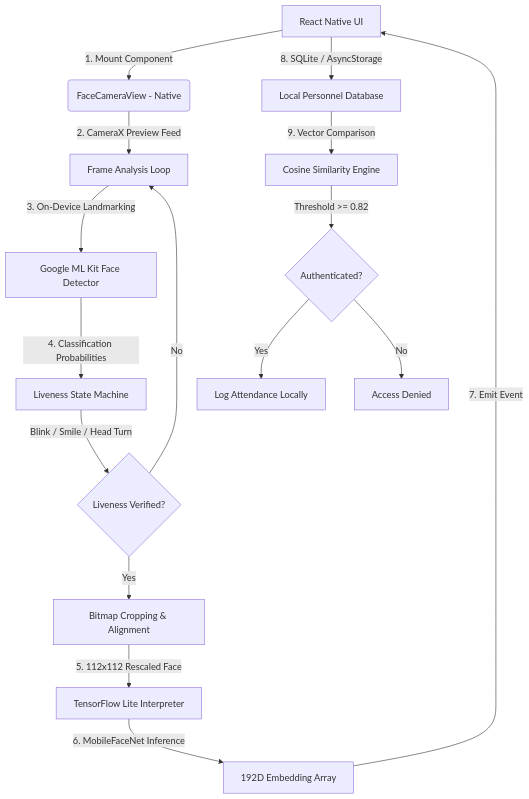
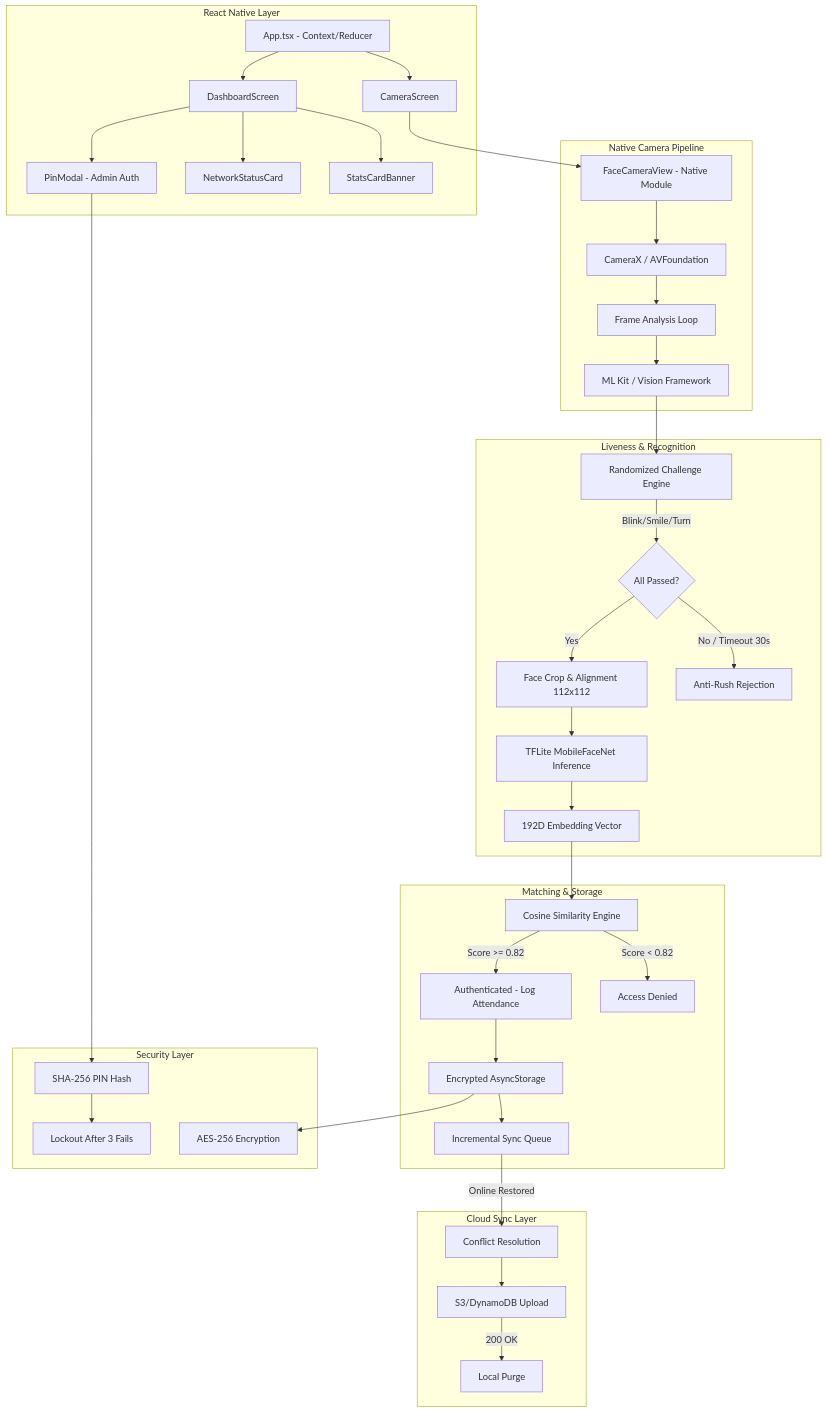
Before and after one commit to lalankishor27-collab/Facerecognition_lite: the diagram in README.md, drawn with Mermaid. The commit also changed other lines of this file and 2 other files, not shown here.

Commit message:
final: Complete hackathon submission - Admin PIN, docs rewrite, cleanup

````diff
--- a/README.md
+++ b/README.md
@@ -11,18 +22,46 @@
 ```mermaid
 graph TD
-    A[React Native UI] -->|1. Mount Component| B(FaceCameraView - Native)
-    B -->|2. CameraX Preview Feed| C[Frame Analysis Loop]
-    C -->|3. On-Device Landmarking| D[Google ML Kit Face Detector]
-    D -->|4. Classification Probabilities| E[Liveness State Machine]
-    E -->|Blink / Smile / Head Turn| F{Liveness Verified?}
-    F -->|No| C
-    F -->|Yes| G[Bitmap Cropping & Alignment]
-    G -->|5. 112x112 Rescaled Face| H[TensorFlow Lite Interpreter]
-    H -->|6. MobileFaceNet Inference| I[192D Embedding Array]
-    I -->|7. Emit Event| A
-    A -->|8. SQLite / AsyncStorage| J[Local Personnel Database]
-    J -->|9. Vector Comparison| K[Cosine Similarity Engine]
-    K -->|Threshold >= 0.82| L{Authenticated?}
-    L -->|Yes| M[Log Attendance Locally]
-    L -->|No| N[Access Denied]
+    subgraph "React Native Layer"
+        A[App.tsx - Context/Reducer] --> B[DashboardScreen]
+        A --> C[CameraScreen]
+        B --> D[PinModal - Admin Auth]
+        B --> E[NetworkStatusCard]
+        B --> F[StatsCardBanner]
+    end
+
+    subgraph "Native Camera Pipeline"
+        C --> G[FaceCameraView - Native Module]
+        G --> H[CameraX / AVFoundation]
+        H --> I[Frame Analysis Loop]
+        I --> J[ML Kit / Vision Framework]
+    end
+
+    subgraph "Liveness & Recognition"
+        J --> K[Randomized Challenge Engine]
+        K -->|Blink/Smile/Turn| L{All Passed?}
+        L -->|Yes| M[Face Crop & Alignment 112x112]
+        M --> N[TFLite MobileFaceNet Inference]
+        N --> O[192D Embedding Vector]
+        L -->|No / Timeout 30s| P[Anti-Rush Rejection]
+    end
+
+    subgraph "Matching & Storage"
+        O --> Q[Cosine Similarity Engine]
+        Q -->|Score >= 0.82| R[Authenticated - Log Attendance]
+        Q -->|Score < 0.82| S[Access Denied]
+        R --> T[Encrypted AsyncStorage]
+        T --> U[Incremental Sync Queue]
+    end
+
+    subgraph "Cloud Sync Layer"
+        U -->|Online Restored| V[Conflict Resolution]
+        V --> W[S3/DynamoDB Upload]
+        W -->|200 OK| X[Local Purge]
+    end
+
+    subgraph "Security Layer"
+        D --> Y[SHA-256 PIN Hash]
+        Y --> Z[Lockout After 3 Fails]
+        T --> AA[AES-256 Encryption]
+    end
 ```
````
